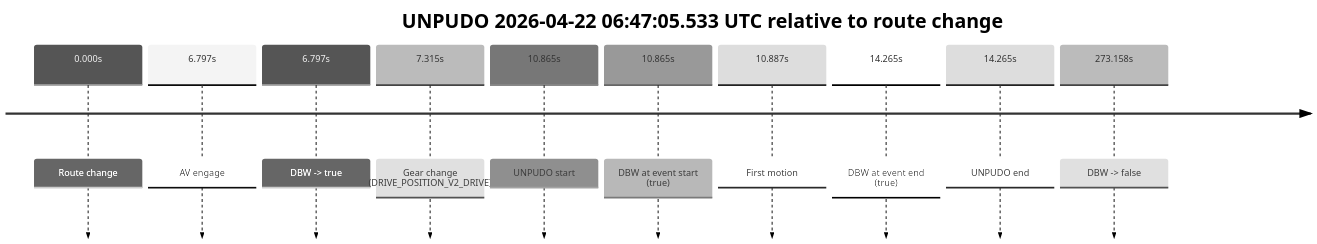
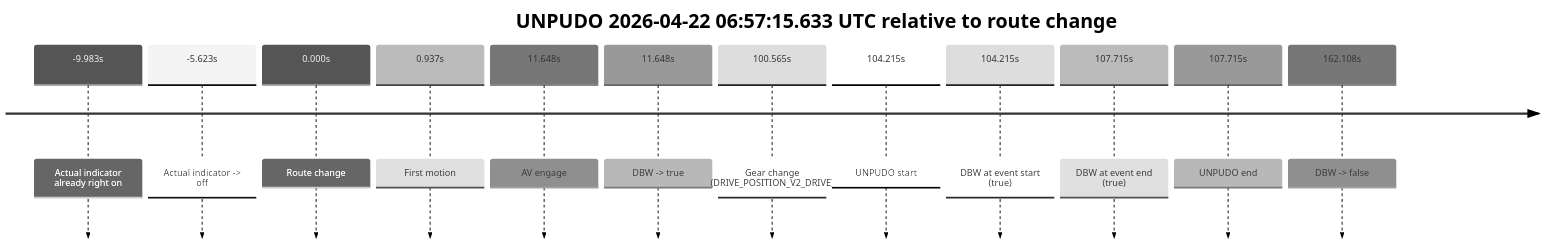
Before and after one commit to yoelshapiro/vault: the first of 9 diagrams in model_analysis/report_cards/2026/04/Week-4/fme20036--2026-04-22--06-33-19--gen2-av-a5ab6b59-04e9-48b8-ab1d-b3db64f8f137.md, drawn with Mermaid (neutral theme). The commit also changed other lines of this file and 17 other files, not shown here.

````diff
--- a/model_analysis/report_cards/2026/04/Week-4/fme20036--2026-04-22--06-33-19--gen2-av-a5ab6b59-04e9-48b8-ab1d-b3db64f8f137.md
+++ b/model_analysis/report_cards/2026/04/Week-4/fme20036--2026-04-22--06-33-19--gen2-av-a5ab6b59-04e9-48b8-ab1d-b3db64f8f137.md
@@ -43,14 +45,16 @@
 ```mermaid
 timeline
-    title UNPUDO 2026-04-22 06:47:05.533 UTC relative to route change
+    title UNPUDO 2026-04-22 06:57:15.633 UTC relative to route change
+    -9.983s : Actual indicator already right on
+    -5.623s : Actual indicator -> off
     0.000s : Route change
-    6.797s : AV engage
-    6.797s : DBW -> true
-    7.315s : Gear change (DRIVE_POSITION_V2_DRIVE)
-    10.865s : UNPUDO start
-    10.865s : DBW at event start (true)
-    10.887s : First motion
-    14.265s : DBW at event end (true)
-    14.265s : UNPUDO end
-    273.158s : DBW -> false
+    0.937s : First motion
+    11.648s : AV engage
+    11.648s : DBW -> true
+    100.565s : Gear change (DRIVE_POSITION_V2_DRIVE)
+    104.215s : UNPUDO start
+    104.215s : DBW at event start (true)
+    107.715s : DBW at event end (true)
+    107.715s : UNPUDO end
+    162.108s : DBW -> false
 ```
````
